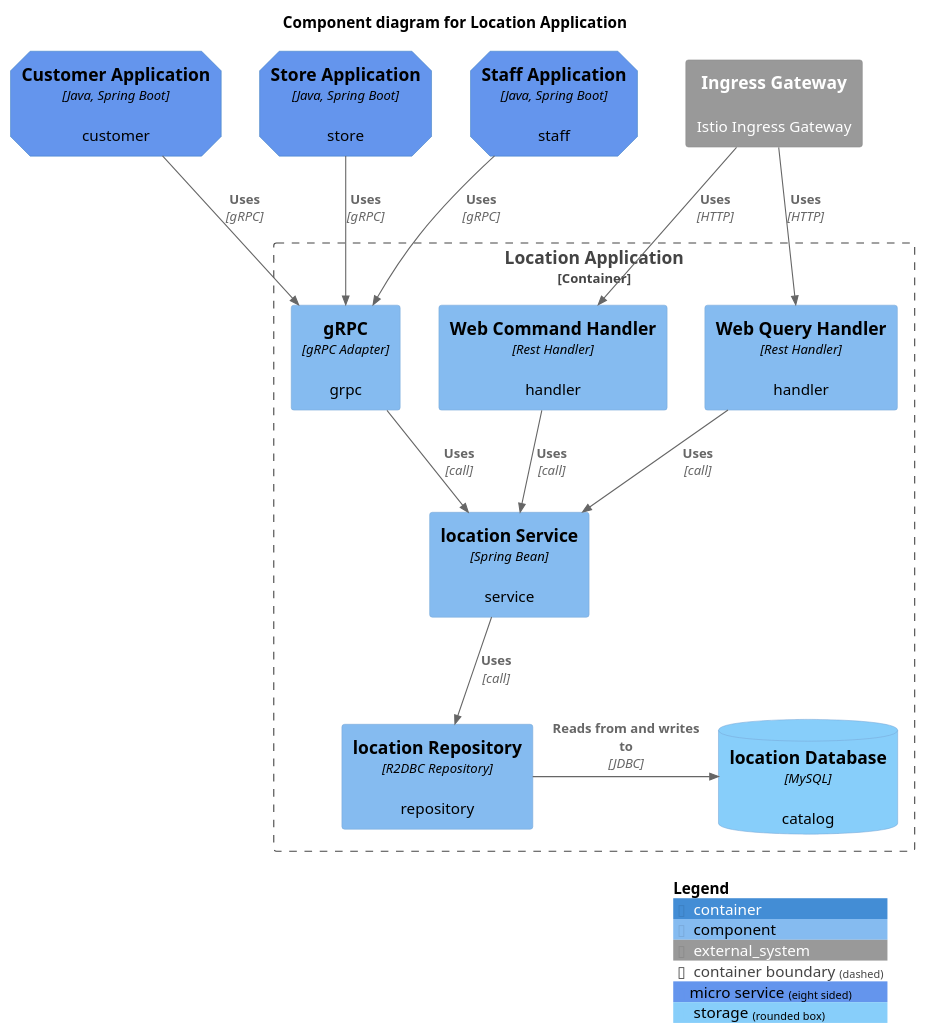
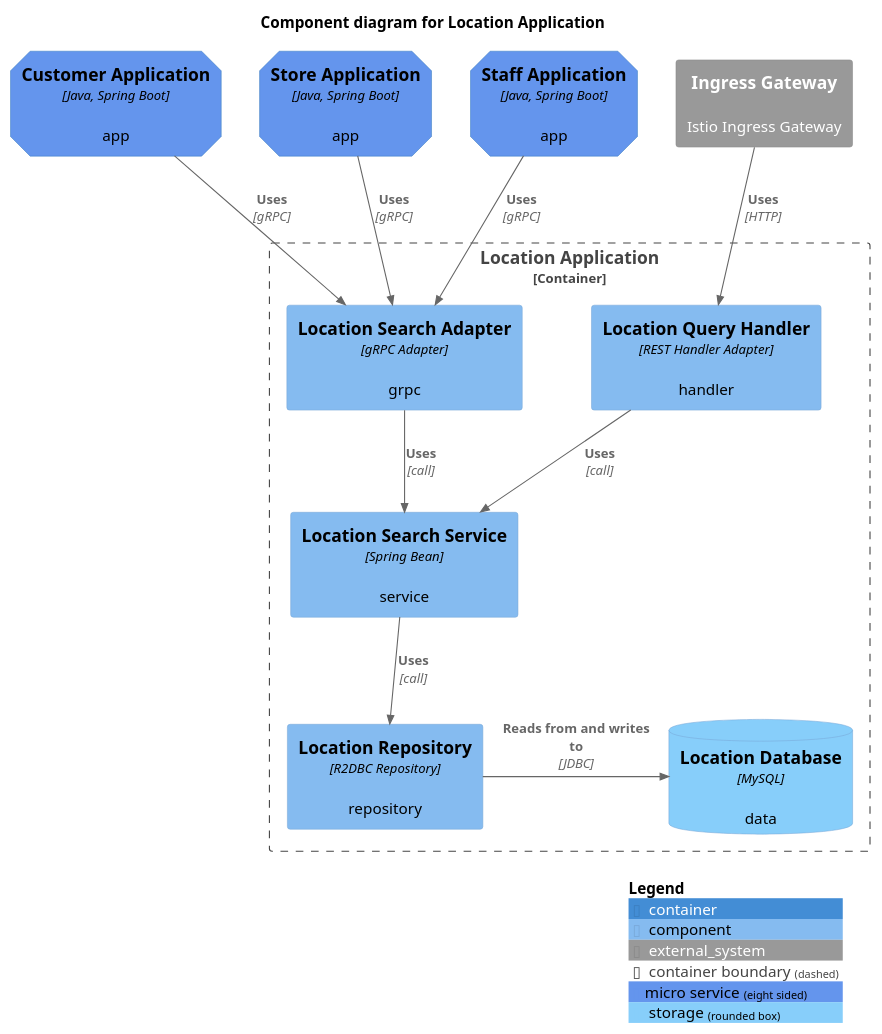
One commit to codejsha/sakila-microservices changed the diagram in diagram/component/location-application.puml. Above: the diagram before and after it, drawn with PlantUML. The commit also changed 16 other files, not shown here.

Commit message:
update diagrams

```diff
--- a/diagram/component/location-application.puml
+++ b/diagram/component/location-application.puml
@@ -1,36 +1,37 @@
 @startuml "location-application"
 !include https://raw.githubusercontent.com/plantuml-stdlib/C4-PlantUML/master/C4_Component.puml
 
 AddElementTag("micro_service", $shape=EightSidedShape(), $bgColor="CornflowerBlue", $fontColor="black", $legendText="micro service\neight sided")
 AddElementTag("storage", $shape=RoundedBoxShape(), $bgColor="lightSkyBlue", $fontColor="black")
 
 title Component diagram for Location Application
 
-Container(customer_app, "Customer Application", "Java, Spring Boot", "customer", $tags = "micro_service")
-Container(store_app, "Store Application", "Java, Spring Boot", "store", $tags = "micro_service")
-Container(staff_app, "Staff Application", "Java, Spring Boot", "staff", $tags = "micro_service")
+Container(customer_app, "Customer Application", "Java, Spring Boot", "app", $tags = "micro_service")
+Container(store_app, "Store Application", "Java, Spring Boot", "app", $tags = "micro_service")
+Container(staff_app, "Staff Application", "Java, Spring Boot", "app", $tags = "micro_service")
 System_Ext(ingress_gateway, "Ingress Gateway", "Istio Ingress Gateway")
 
 Container_Boundary(location_app, "Location Application") {
-    Component(command_handler, "Web Command Handler", "Rest Handler", "handler")
-    Component(query_handler, "Web Query Handler", "Rest Handler", "handler")
-    Component(grpc, "gRPC", "gRPC Adapter", "grpc")
-    Component(location_service, "location Service", "Spring Bean", "service")
-    Component(location_repository, "location Repository", "R2DBC Repository", "repository")
-    ComponentDb(location_db, "location Database", "MySQL", "catalog", $tags = "storage")
+    Component(query_adapter, "Location Query Handler", "REST Handler Adapter", "handler")
+    Component(location_search_adapter, "Location Search Adapter", "gRPC Adapter", "grpc")
 
-    Rel(command_handler, location_service, "Uses", "call")
-    Rel(query_handler, location_service, "Uses", "call")
+    Component(location_service, "Location Search Service", "Spring Bean", "service")
+
+    Component(location_repository, "Location Repository", "R2DBC Repository", "repository")
+    ComponentDb(location_db, "Location Database", "MySQL", "data", $tags = "storage")
+
+    Rel(query_adapter, location_service, "Uses", "call")
+    Rel(location_search_adapter, location_service, "Uses", "call")
+
     Rel(location_service, location_repository, "Uses", "call")
-    Rel(grpc, location_service, "Uses", "call")
+
     Rel_R(location_repository, location_db, "Reads from and writes to", "JDBC")
 }
 
-Rel(customer_app, grpc, "Uses", "gRPC")
-Rel(store_app, grpc, "Uses", "gRPC")
-Rel(staff_app, grpc, "Uses", "gRPC")
-Rel(ingress_gateway, command_handler, "Uses", "HTTP")
-Rel(ingress_gateway, query_handler, "Uses", "HTTP")
+Rel(customer_app, location_search_adapter, "Uses", "gRPC")
+Rel(store_app, location_search_adapter, "Uses", "gRPC")
+Rel(staff_app, location_search_adapter, "Uses", "gRPC")
+Rel(ingress_gateway, query_adapter, "Uses", "HTTP")
 
 SHOW_LEGEND()
 @enduml
```
